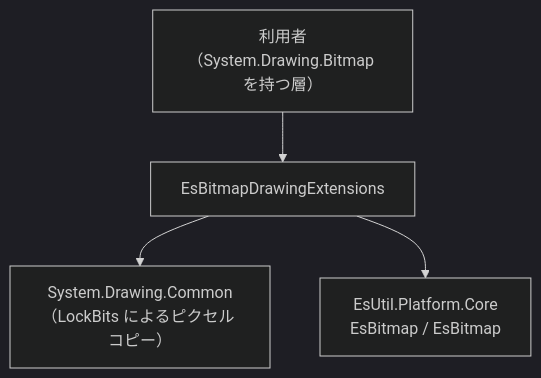
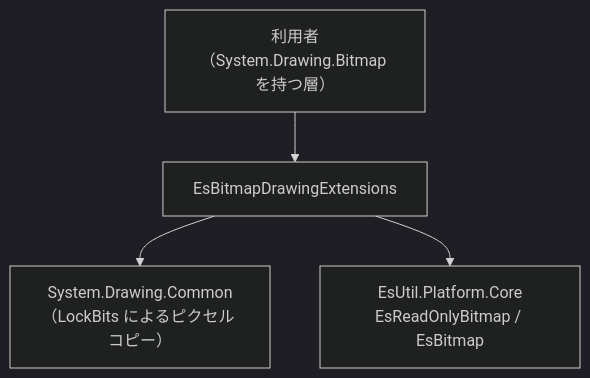
Before and after one commit to tomokuni/SaveEvidence: the first of 2 diagrams in src/EsUtil.Platform.Core.Windows/docs/SPEC_System.md, drawn with Mermaid (dark theme). The commit also changed other lines of this file and 21 other files, not shown here.

````diff
--- a/src/EsUtil.Platform.Core.Windows/docs/SPEC_System.md
+++ b/src/EsUtil.Platform.Core.Windows/docs/SPEC_System.md
@@ -35,6 +35,6 @@
 ```mermaid
 graph TD
     A["利用者（System.Drawing.Bitmap を持つ層）"] --> B["EsBitmapDrawingExtensions"]
     B --> C["System.Drawing.Common<br/>（LockBits によるピクセル コピー）"]
-    B --> D["EsUtil.Platform.Core<br/>EsBitmap / EsBitmap"]
+    B --> D["EsUtil.Platform.Core<br/>EsReadOnlyBitmap / EsBitmap"]
 ```
````
